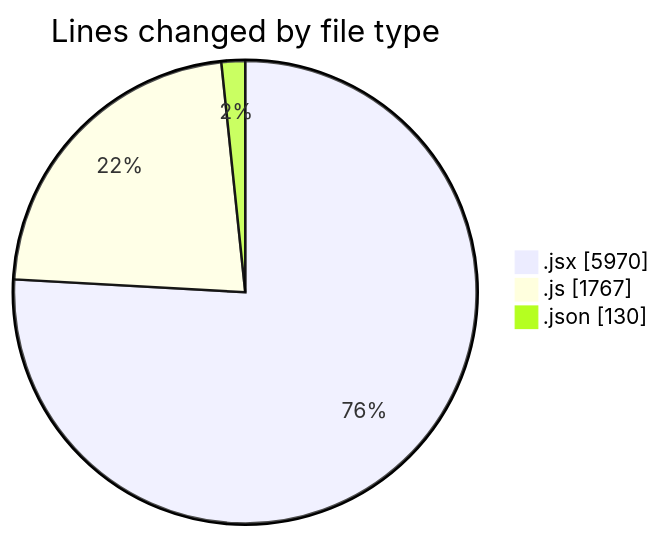
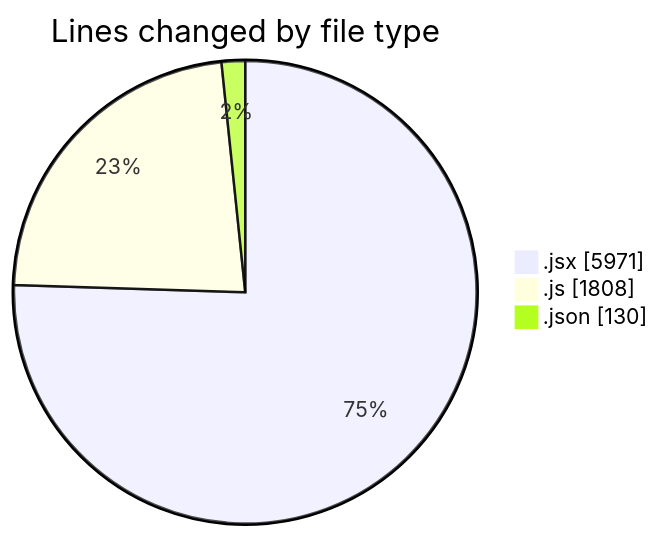
One commit to nxtqubesakshisongat/code-tracking changed the first of 2 diagrams in 2025-08-06/nxtqube_webapp/README.md. Above: the diagram before and after it, drawn with Mermaid. The commit also changed other lines of this file and 1 other file, not shown here.

````diff
--- a/2025-08-06/nxtqube_webapp/README.md
+++ b/2025-08-06/nxtqube_webapp/README.md
@@ -30,7 +31,7 @@
 ```mermaid
 pie showData
 title Lines changed by file type
-".jsx" : 5970
-".js" : 1767
+".jsx" : 5971
+".js" : 1808
 ".json" : 130
 ```
````
